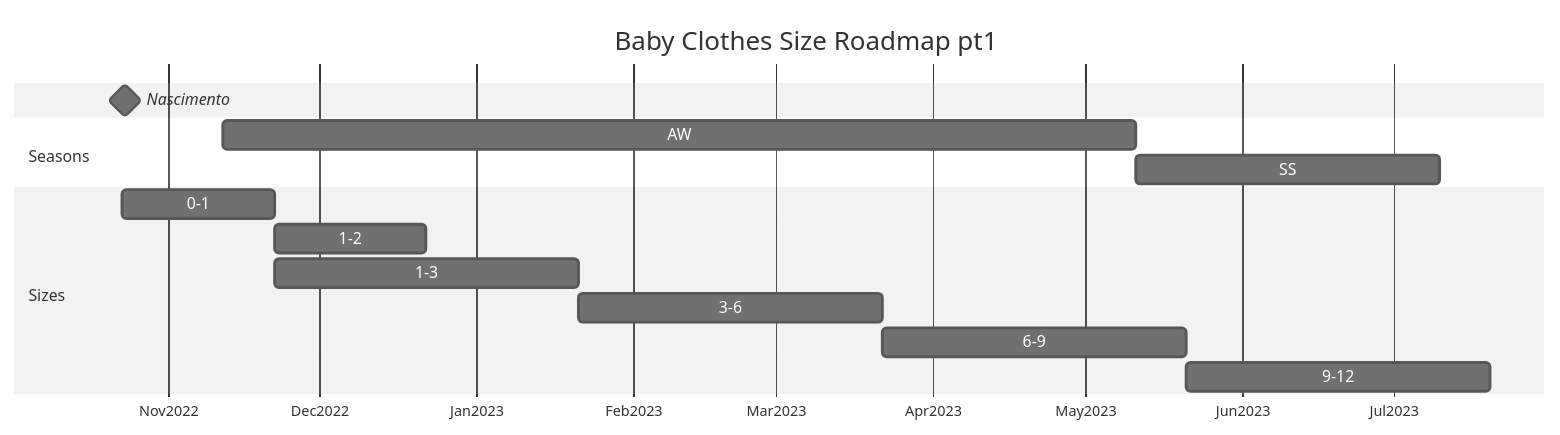
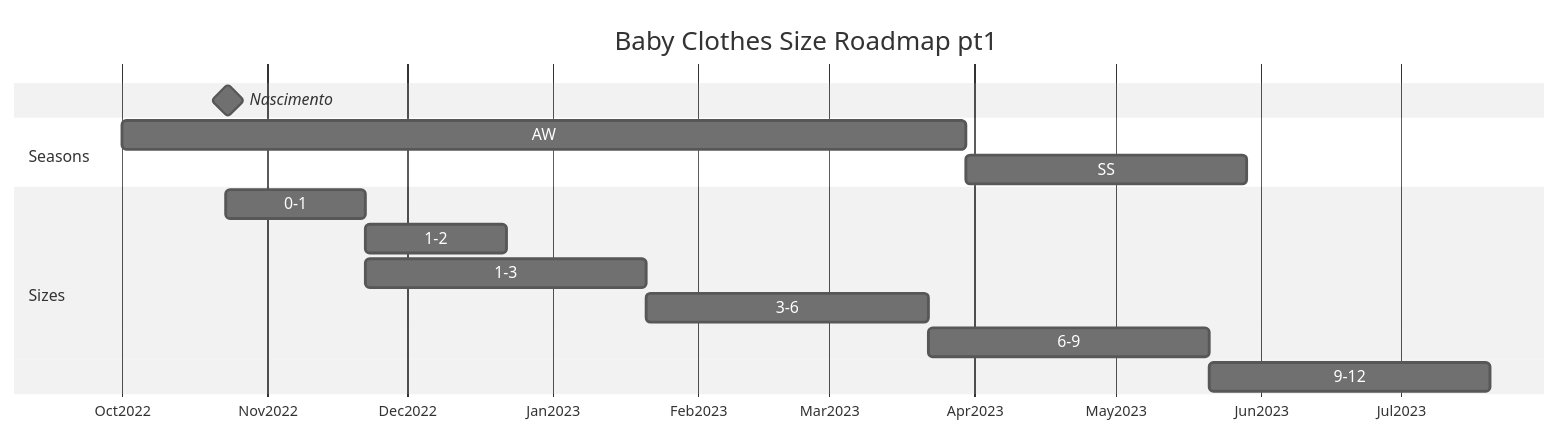
Before and after one commit to jnunoferreira/babythings: the second of 3 diagrams in docs/babyclothes.md, drawn with Mermaid (neutral theme). The commit also changed other lines of this file, not shown here.

Commit message:
updated aw dates

````diff
--- a/docs/babyclothes.md
+++ b/docs/babyclothes.md
@@ -28,20 +28,20 @@
 ```mermaid
 gantt
     title Baby Clothes Size Roadmap pt1
     todayMarker off
     dateFormat  DD-MM-YYYY
     axisFormat  %b%Y
     Nascimento : milestone, m1, 23-10-2022, 1d
     section Seasons
-    AW           :inv1, 12-11-2022, 180d
+    AW           :inv1, 01-10-2022, 180d
     SS           :prim1, after inv1  , 60d
     section Sizes
     0-1           :a2, 23-10-2022, 30d
     1-2           :after a2 , 30d
     1-3           :a3, after a2 , 60d
     3-6           :a4, after a3, 60d
     6-9           :a5, after a4, 60d
     9-12           :a6, after a5, 60d
 
     
 ```
````
